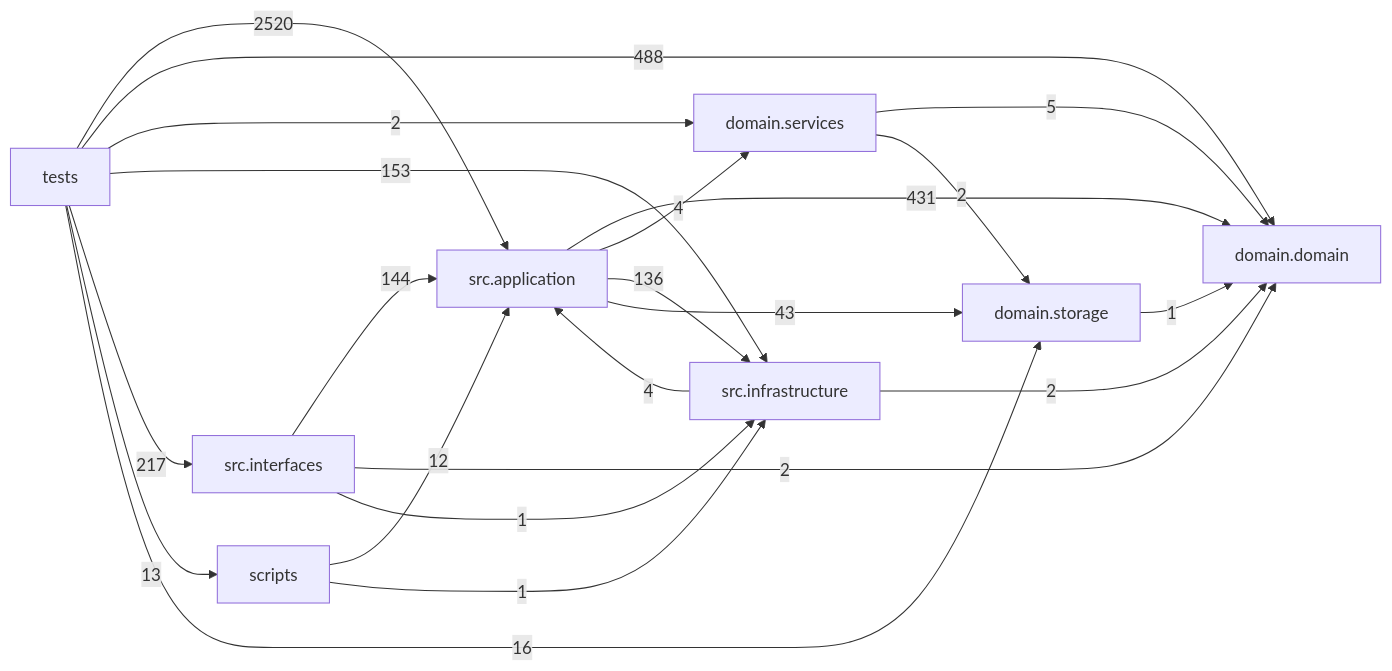
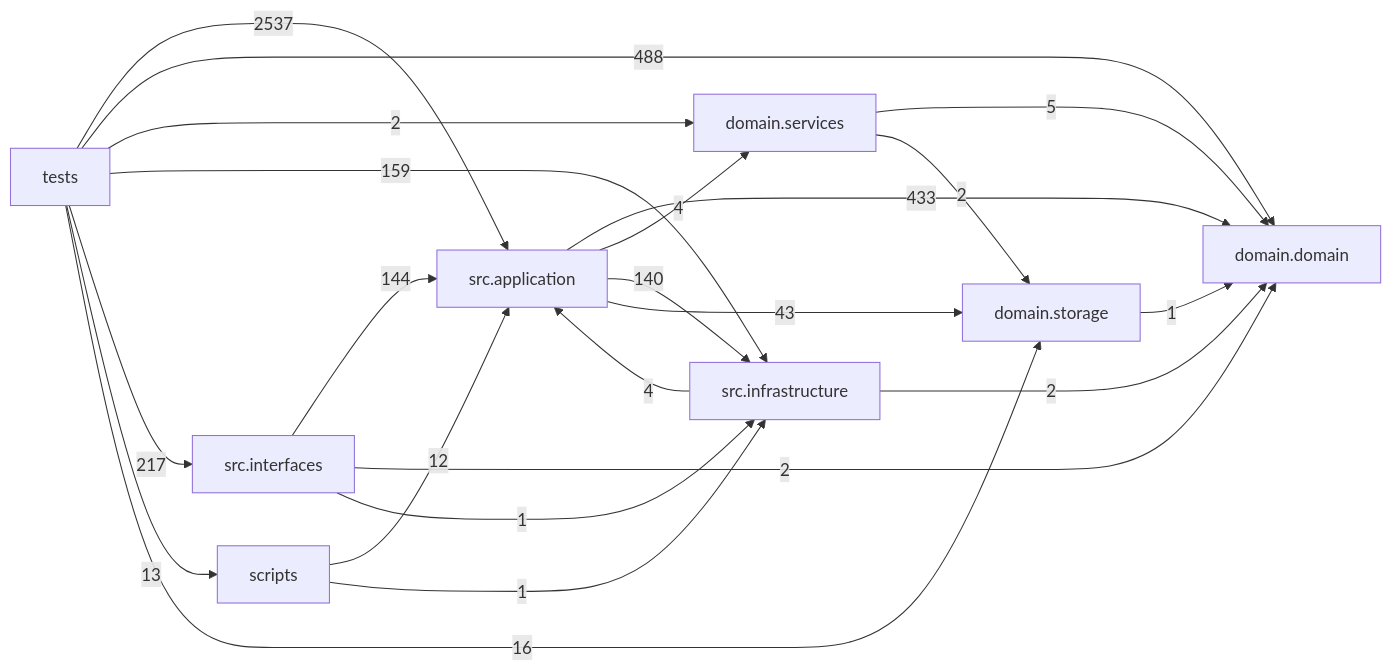
Before and after one commit to liuxie066/options-monitor: the diagram in docs/DEPENDENCY_GRAPH.md, drawn with Mermaid. The commit also changed other lines of this file and 10 other files, not shown here.

````diff
--- a/docs/DEPENDENCY_GRAPH.md
+++ b/docs/DEPENDENCY_GRAPH.md
@@ -24,32 +24,32 @@
 ```mermaid
 flowchart LR
   tests["tests"]
   scripts["scripts"]
   interfaces["src.interfaces"]
   application["src.application"]
   infrastructure["src.infrastructure"]
   domain_services["domain.services"]
   domain["domain.domain"]
   storage["domain.storage"]
-  application -->|431| domain
+  application -->|433| domain
   application -->|4| domain_services
-  application -->|136| infrastructure
+  application -->|140| infrastructure
   application -->|43| storage
   domain_services -->|5| domain
   domain_services -->|2| storage
   infrastructure -->|4| application
   infrastructure -->|2| domain
   interfaces -->|144| application
   interfaces -->|2| domain
   interfaces -->|1| infrastructure
   scripts -->|12| application
   scripts -->|1| infrastructure
   storage -->|1| domain
-  tests -->|2520| application
+  tests -->|2537| application
   tests -->|488| domain
   tests -->|2| domain_services
-  tests -->|153| infrastructure
+  tests -->|159| infrastructure
   tests -->|217| interfaces
   tests -->|13| scripts
   tests -->|16| storage
 ```
````
